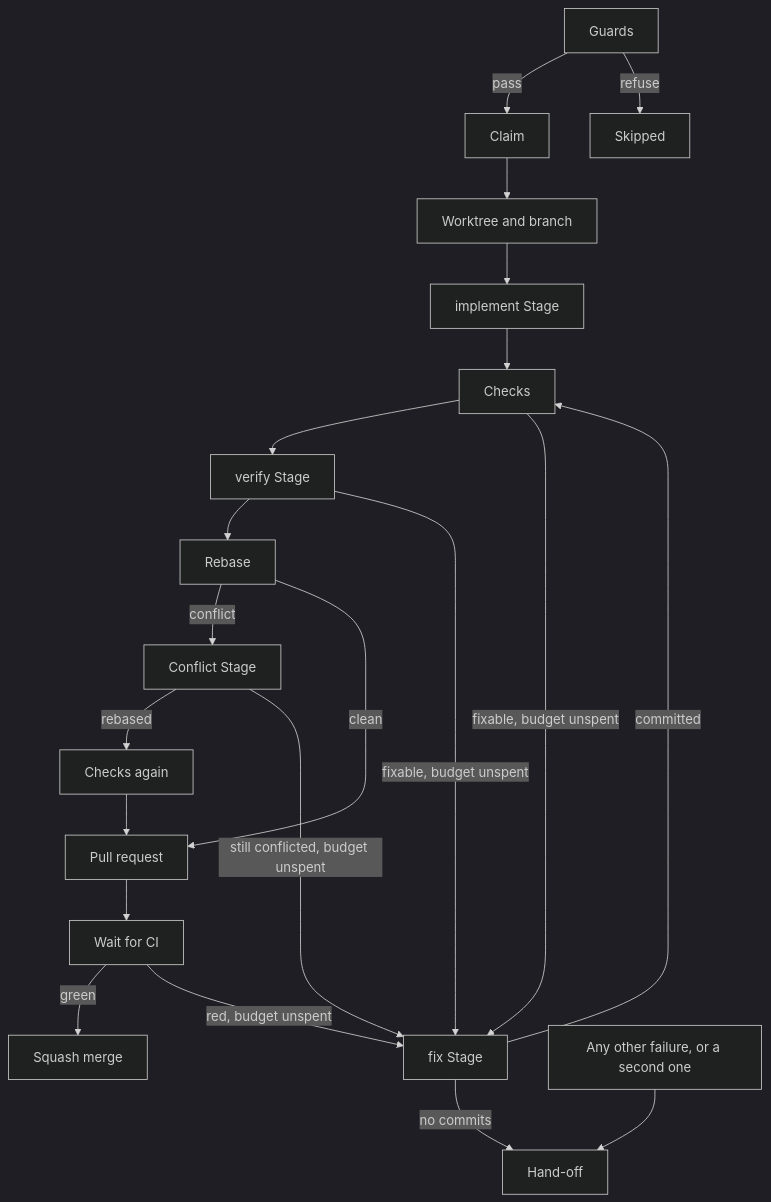
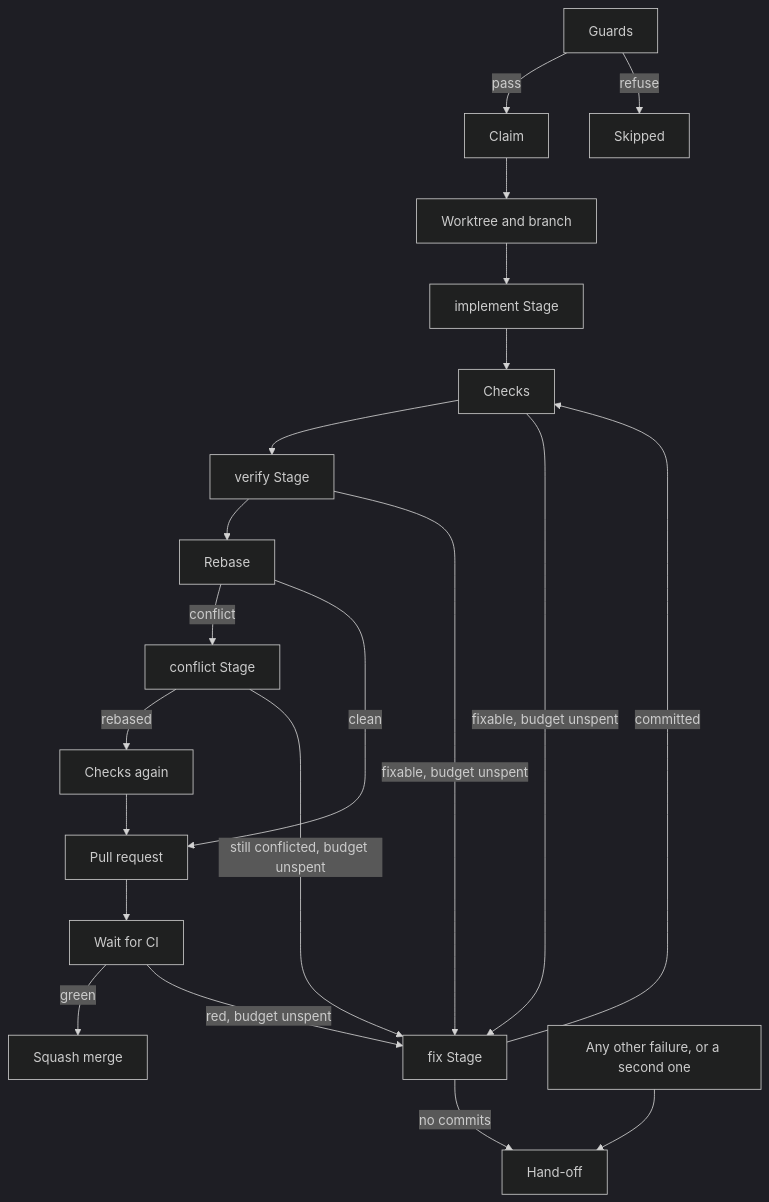
The first of 2 diagrams in wiki/en/guide/ticket-to-merge.md (jjongs2/ticket-runner), drawn with Mermaid (dark theme) before and after one commit. The commit also changed other lines of this file and 20 other files, not shown here.

````diff
--- a/wiki/en/guide/ticket-to-merge.md
+++ b/wiki/en/guide/ticket-to-merge.md
@@ -23,23 +23,23 @@
 ```mermaid
 flowchart TD
     G["Guards"] -->|pass| C["Claim"]
     G -->|refuse| S["Skipped"]
     C --> W["Worktree and branch"]
     W --> I["implement Stage"]
     I --> K["Checks"]
     K --> V["verify Stage"]
     V --> R["Rebase"]
-    R -->|conflict| X["Conflict Stage"]
+    R -->|conflict| X["conflict Stage"]
     X -->|rebased| K2["Checks again"]
     R -->|clean| P["Pull request"]
     K2 --> P
     P --> CI["Wait for CI"]
     CI -->|green| M["Squash merge"]
     K -->|"fixable, budget unspent"| F["fix Stage"]
     V -->|"fixable, budget unspent"| F
     X -->|"still conflicted, budget unspent"| F
     CI -->|"red, budget unspent"| F
     F -->|committed| K
     F -->|no commits| H["Hand-off"]
     O["Any other failure, or a second one"] --> H
 ```
````
